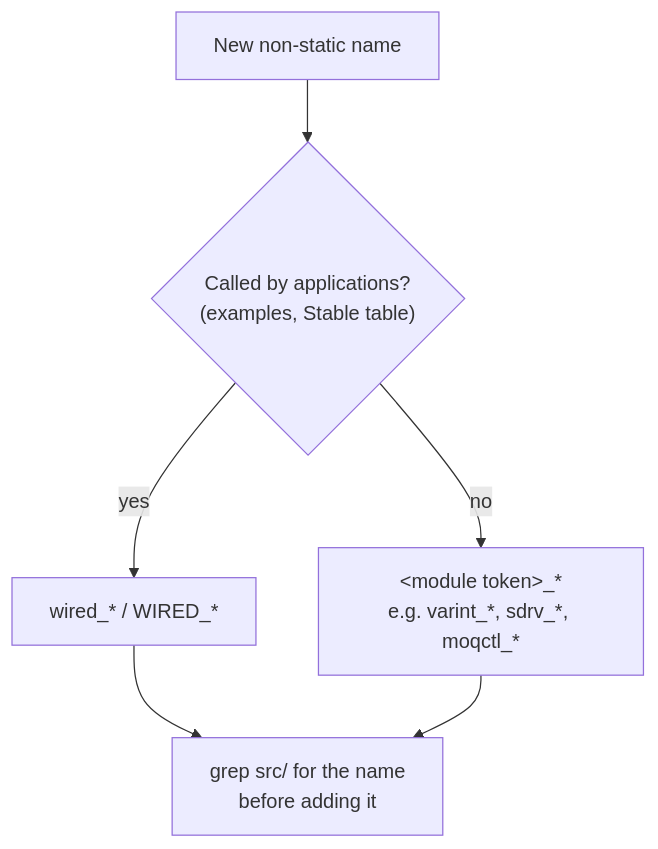
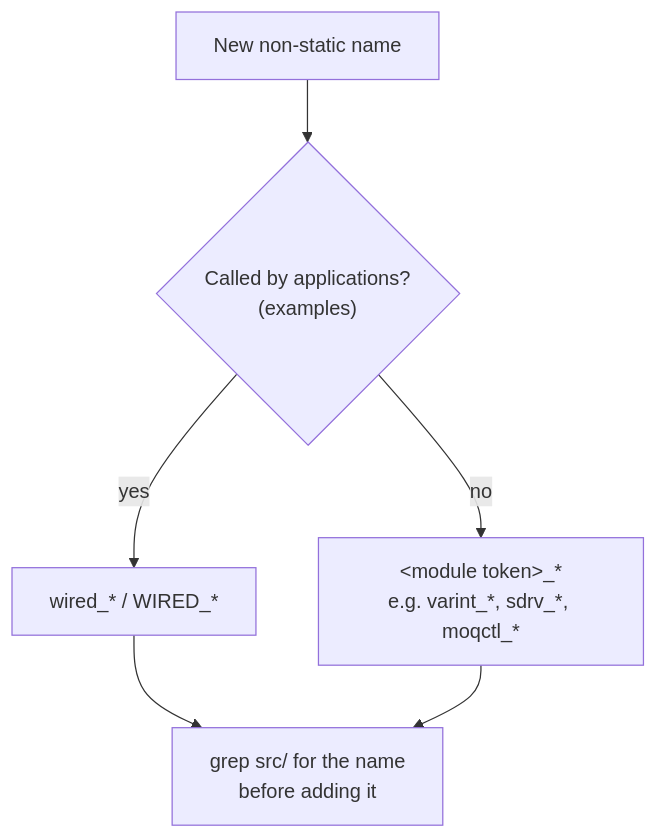
One commit to Hakkadaikon/wired changed the second of 2 diagrams in docs/standards/coding.md. Above: the diagram before and after it, drawn with Mermaid. The commit also changed other lines of this file and 10 other files, not shown here.

````diff
--- a/docs/standards/coding.md
+++ b/docs/standards/coding.md
@@ -126,7 +126,7 @@
 ```mermaid
 flowchart TD
-    n["New non-static name"] --> q{"Called by applications?<br/>(examples, Stable table)"}
+    n["New non-static name"] --> q{"Called by applications?<br/>(examples)"}
     q -- yes --> w["wired_* / WIRED_*"]
     q -- no --> m["&lt;module token&gt;_*<br/>e.g. varint_*, sdrv_*, moqctl_*"]
     w & m --> g["grep src/ for the name<br/>before adding it"]
 ```
````
